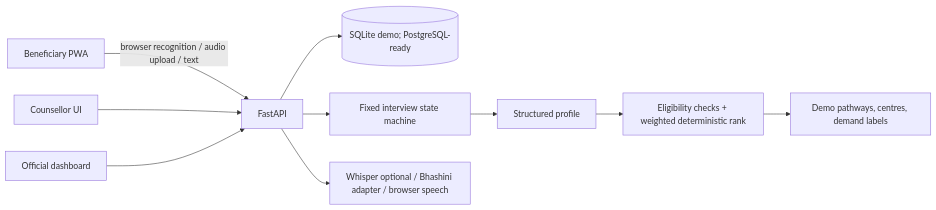
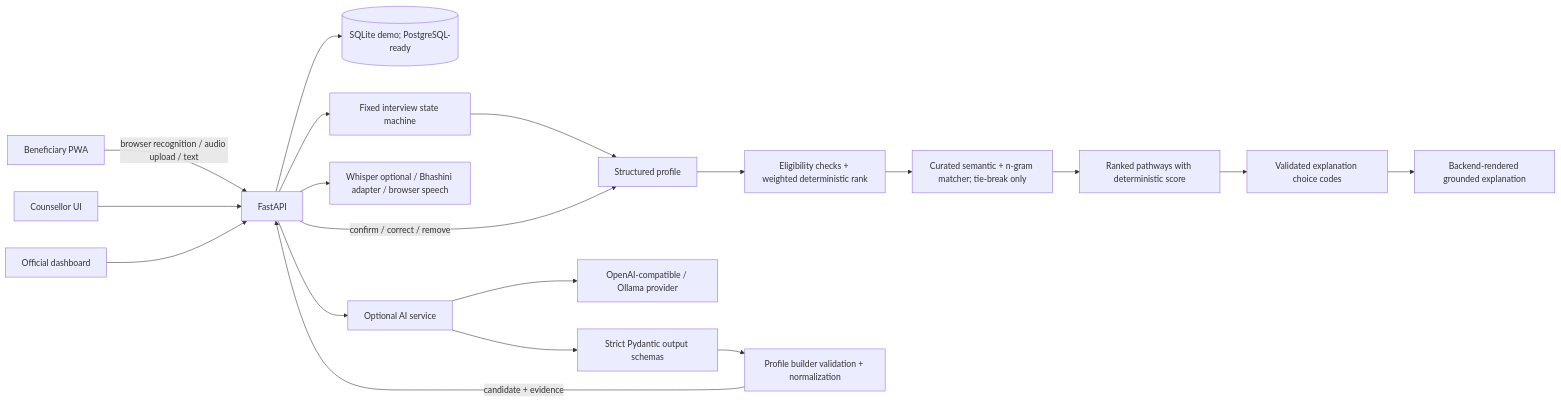
One commit to ashutoshrajsingh82-code/Aajeevika-Sathi changed the diagram in docs/architecture.md. Above: the diagram before and after it, drawn with Mermaid. The commit also changed other lines of this file and 49 other files, not shown here.

````diff
--- a/docs/architecture.md
+++ b/docs/architecture.md
@@ -5,12 +5,21 @@
 ```mermaid
 flowchart LR
  B[Beneficiary PWA] -->|browser recognition / audio upload / text| API[FastAPI]
  C[Counsellor UI] --> API
  O[Official dashboard] --> API
  API --> D[(SQLite demo; PostgreSQL-ready)]
  API --> SM[Fixed interview state machine]
  SM --> P[Structured profile]
  P --> R[Eligibility checks + weighted deterministic rank]
- R --> K[Demo pathways, centres, demand labels]
+R --> SMX[Curated semantic + n-gram matcher; tie-break only]
+SMX --> K[Ranked pathways with deterministic score]
+K --> AIEX[Validated explanation choice codes]
+AIEX --> TEXT[Backend-rendered grounded explanation]
  API --> S[Whisper optional / Bhashini adapter / browser speech]
+API --> AI[Optional AI service]
+AI --> LLM[OpenAI-compatible / Ollama provider]
+AI --> VAL[Strict Pydantic output schemas]
+VAL --> PB[Profile builder validation + normalization]
+PB -->|candidate + evidence| API
+API -->|confirm / correct / remove| P[Structured profile]
 ```
````
